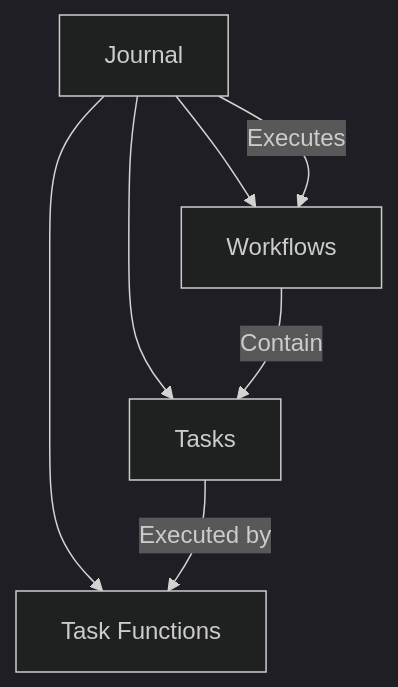
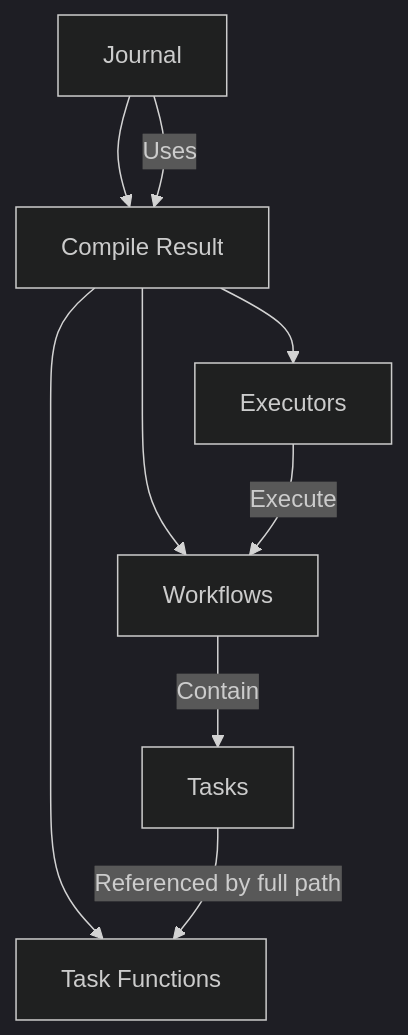
Before and after one commit to liamzdenek/ferment-ai: the second of 3 diagrams in memory-bank/systemPatterns.md, drawn with Mermaid (dark theme). The commit also changed other lines of this file and 11 other files, not shown here.

Commit message:
feat: tighter workflow semantics 1. use full path to index all operations 2. remove Entrypoint, it's redundant 3. core constructs shouldn't be defining fns for workflow types 4. better-but-incomplete handling of call/callAndReturn

````diff
--- a/memory-bank/systemPatterns.md
+++ b/memory-bank/systemPatterns.md
@@ -38,10 +37,12 @@
 ```mermaid
 graph TD
-    Journal[Journal] --> Workflows[Workflows]
-    Journal --> Tasks[Tasks]
-    Journal --> TaskFunctions[Task Functions]
+    Journal[Journal] --> CompileResult[Compile Result]
+    CompileResult --> Workflows[Workflows]
+    CompileResult --> TaskFunctions[Task Functions]
+    CompileResult --> Executors[Executors]
     
     Workflows -->|Contain| Tasks
-    Tasks -->|Executed by| TaskFunctions
-    Journal -->|Executes| Workflows
+    Tasks -->|Referenced by full path| TaskFunctions
+    Executors -->|Execute| Workflows
+    Journal -->|Uses| CompileResult
 ```
````
